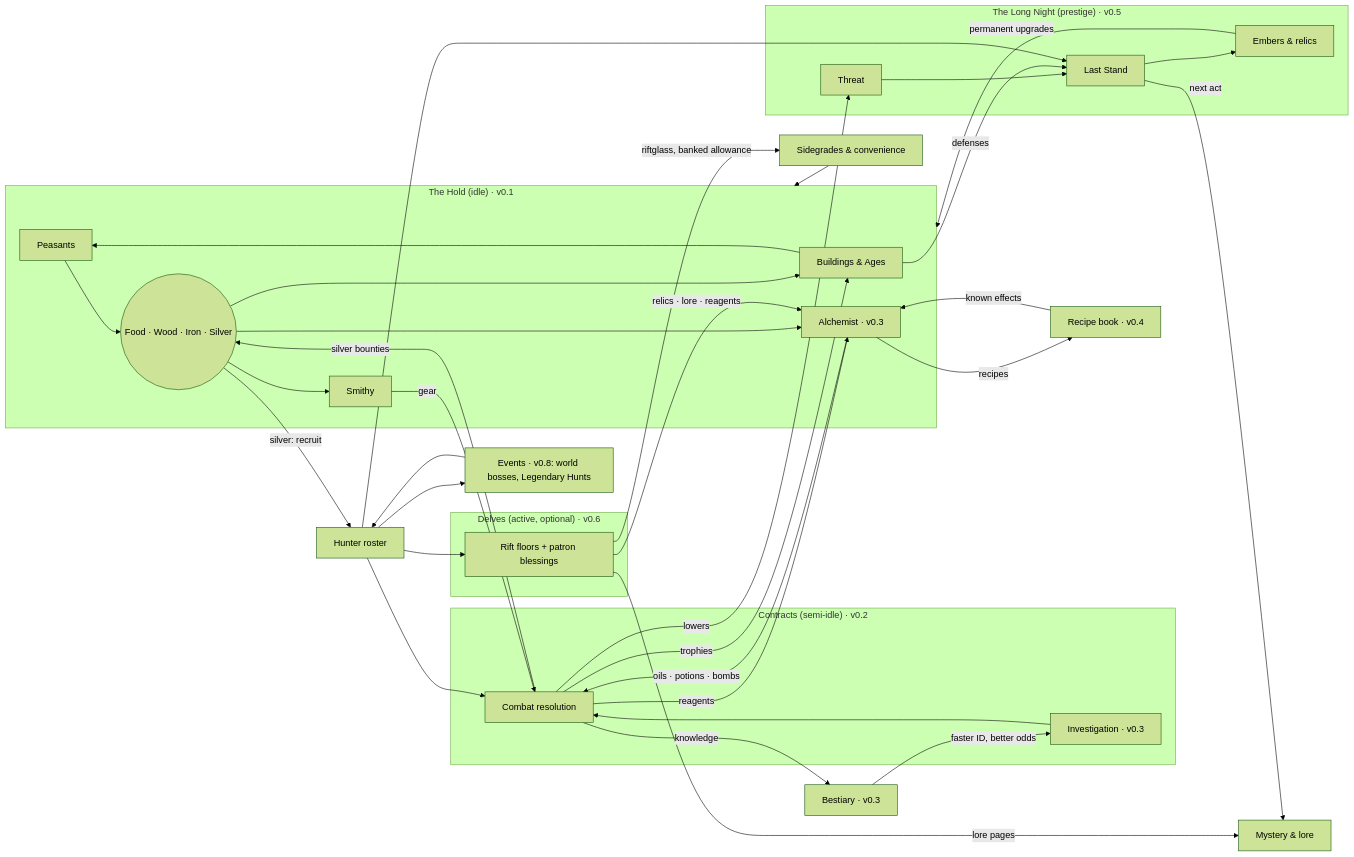
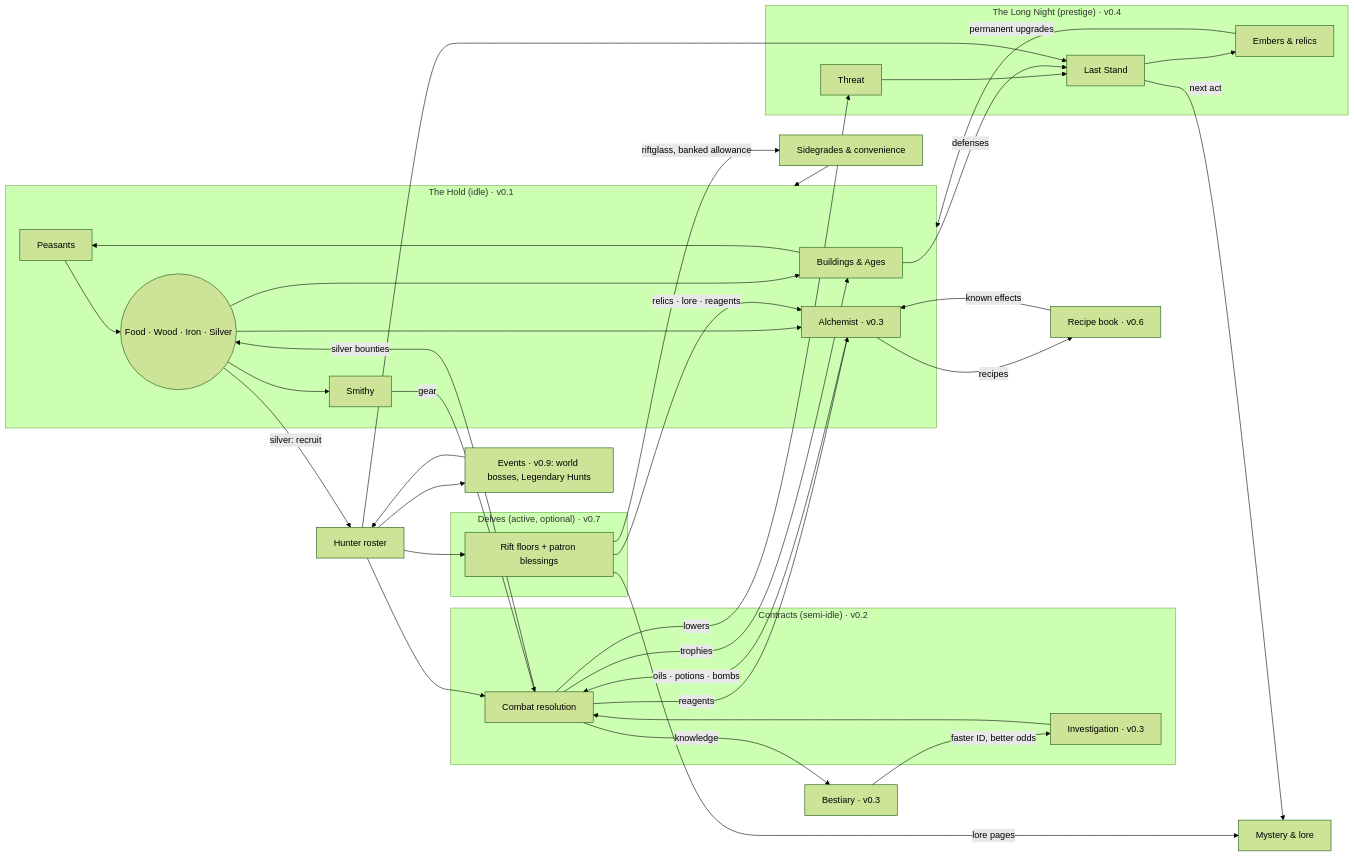
Before and after one commit to jtschick7-cyber/the-last-hold: the diagram in docs/gdd.md, drawn with Mermaid (forest theme). The commit also changed other lines of this file and 3 other files, not shown here.

First line of the commit message:
docs: renumber milestones — Long Night to v0.4 (mechanics) and v0.5 (Act I), alchemy to v0.6, later milestones shift

````diff
--- a/docs/gdd.md
+++ b/docs/gdd.md
@@ -194,48 +195,48 @@
 ```mermaid
 flowchart LR
   subgraph HOLD["The Hold (idle) · v0.1"]
     P[Peasants] --> B((Food · Wood · Iron · Silver))
     B --> BLD[Buildings & Ages]
     BLD --> P
     B --> SM[Smithy]
     B --> AL[Alchemist · v0.3]
   end
 
   subgraph CON["Contracts (semi-idle) · v0.2"]
     INV[Investigation · v0.3] --> FIGHT[Combat resolution]
   end
 
   SM -- gear --> FIGHT
   AL -- oils · potions · bombs --> FIGHT
   B -- silver: recruit --> H[Hunter roster]
   H --> FIGHT
   FIGHT -- silver bounties --> B
   FIGHT -- trophies --> BLD
   FIGHT -- reagents --> AL
   FIGHT -- knowledge --> BEST[Bestiary · v0.3]
   BEST -- faster ID, better odds --> INV
-  AL -- recipes --> RB[Recipe book · v0.4]
+  AL -- recipes --> RB[Recipe book · v0.6]
   RB -- known effects --> AL
 
-  subgraph DEL["Delves (active, optional) · v0.6"]
+  subgraph DEL["Delves (active, optional) · v0.7"]
     RIFT[Rift floors + patron blessings]
   end
   H --> RIFT
   RIFT -- riftglass, banked allowance --> SIDE[Sidegrades & convenience]
   RIFT -- relics · lore · reagents --> AL
   SIDE --> HOLD
 
-  subgraph NIGHT["The Long Night (prestige) · v0.5"]
+  subgraph NIGHT["The Long Night (prestige) · v0.4"]
     THR[Threat] --> LS[Last Stand]
     LS --> EMB[Embers & relics]
   end
   FIGHT -- lowers --> THR
   BLD -- defenses --> LS
   H --> LS
   EMB -- permanent upgrades --> HOLD
   LS -- next act --> LORE[Mystery & lore]
   RIFT -- lore pages --> LORE
 
-  EV["Events · v0.8: world bosses, Legendary Hunts"] --> H
+  EV["Events · v0.9: world bosses, Legendary Hunts"] --> H
   H --> EV
 ```
````
